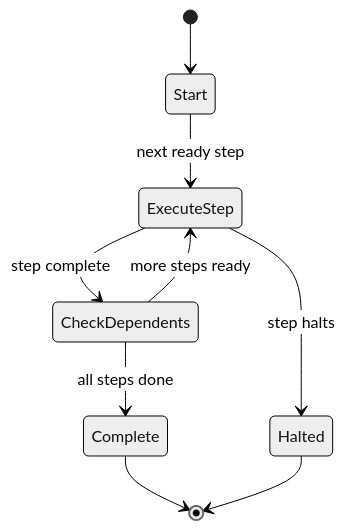
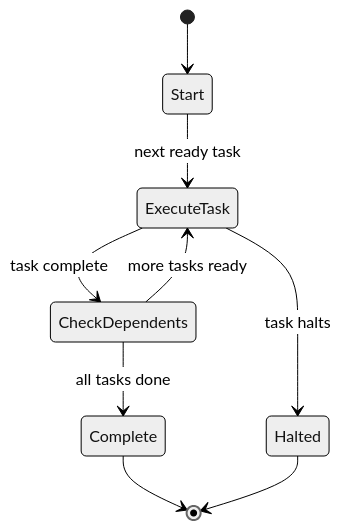
The diagram in docs/architecture/network-orchestration.md (MadBomber/robot_lab), drawn with Mermaid (neutral theme) before and after one commit. The commit also changed other lines of this file and 12 other files, not shown here.

First line of the commit message:
docs(core): replace 'step' terminology with 'task' in documentation

````diff
--- a/docs/architecture/network-orchestration.md
+++ b/docs/architecture/network-orchestration.md
@@ -23,11 +41,11 @@
 ```mermaid
 stateDiagram-v2
     [*] --> Start
-    Start --> ExecuteStep: next ready step
-    ExecuteStep --> CheckDependents: step complete
-    CheckDependents --> ExecuteStep: more steps ready
-    CheckDependents --> Complete: all steps done
-    ExecuteStep --> Halted: step halts
+    Start --> ExecuteTask: next ready task
+    ExecuteTask --> CheckDependents: task complete
+    CheckDependents --> ExecuteTask: more tasks ready
+    CheckDependents --> Complete: all tasks done
+    ExecuteTask --> Halted: task halts
     Complete --> [*]
     Halted --> [*]
 ```
````
